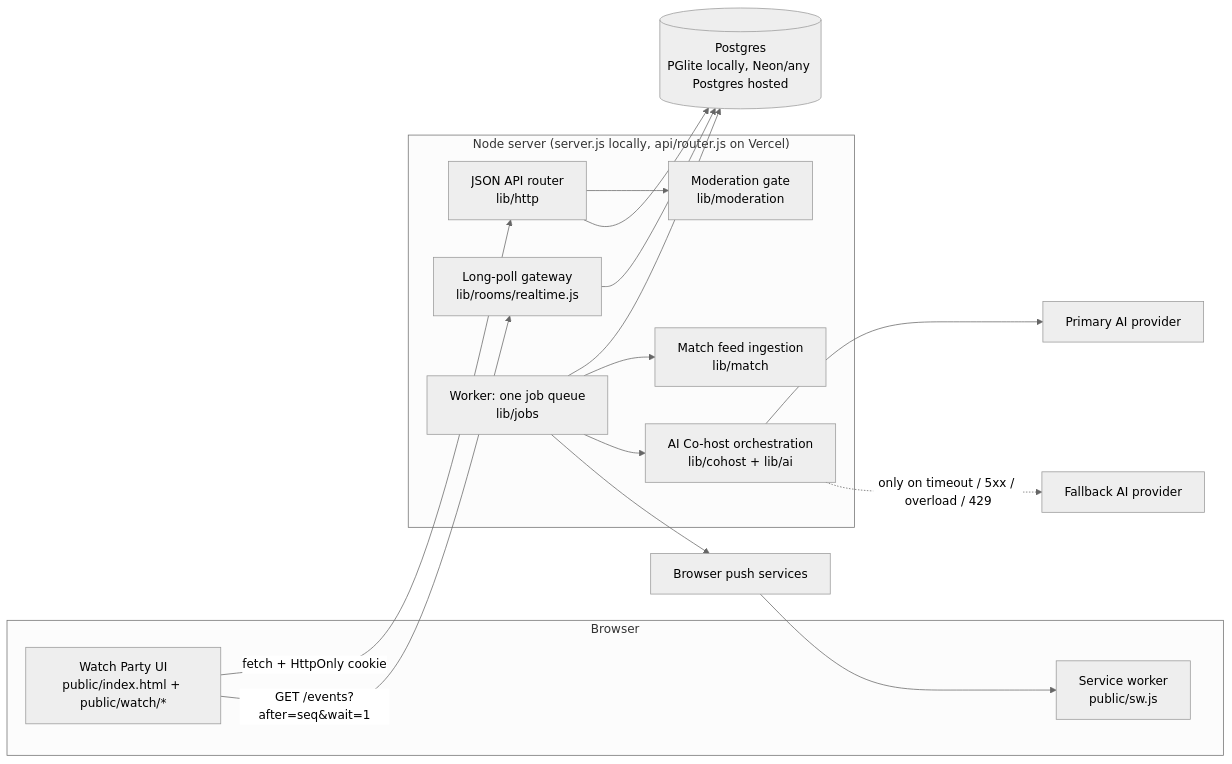
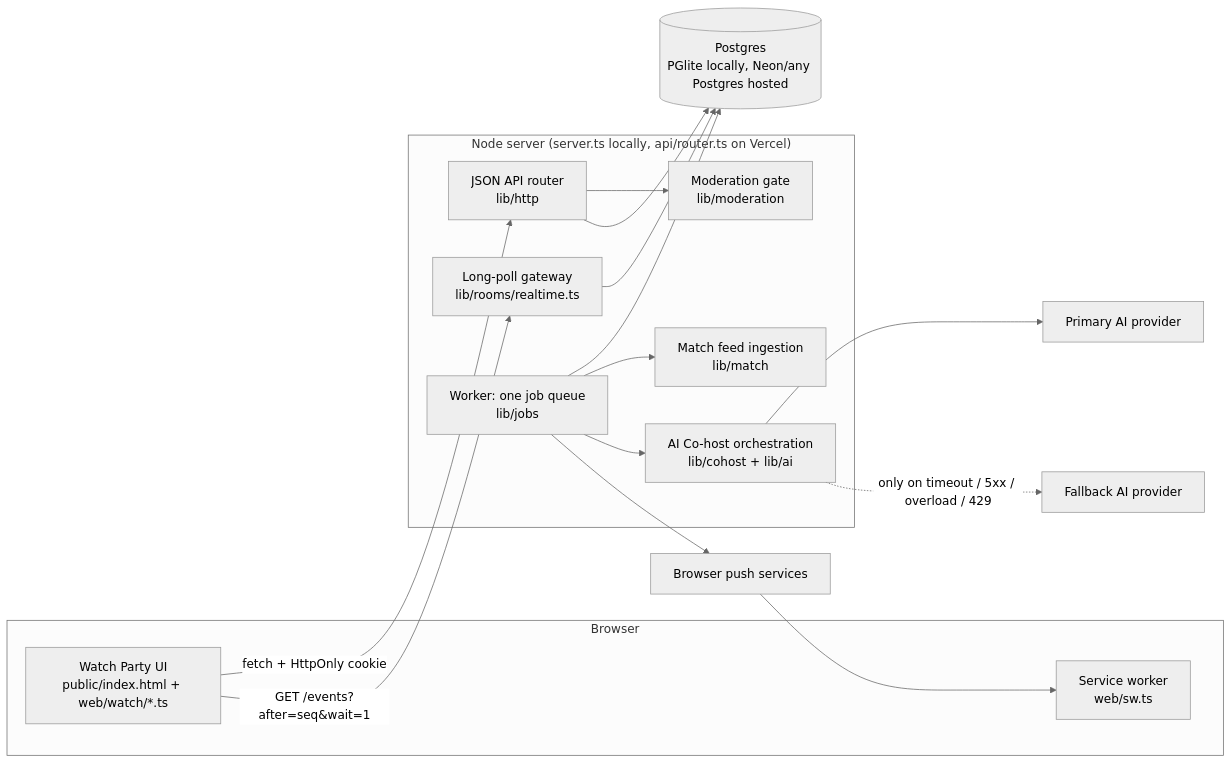
Before and after one commit to ankityadav1asia/huddle: the first of 4 diagrams in docs/architecture.md, drawn with Mermaid (neutral theme). The commit also changed other lines of this file and 169 other files, not shown here.

````diff
--- a/docs/architecture.md
+++ b/docs/architecture.md
@@ -31,30 +32,30 @@
 ```mermaid
 flowchart LR
   subgraph Browser
-    UI[Watch Party UI<br/>public/index.html + public/watch/*]
-    SW[Service worker<br/>public/sw.js]
+    UI[Watch Party UI<br/>public/index.html + web/watch/*.ts]
+    SW[Service worker<br/>web/sw.ts]
   end
-  subgraph Server["Node server (server.js locally, api/router.js on Vercel)"]
+  subgraph Server["Node server (server.ts locally, api/router.ts on Vercel)"]
     API[JSON API router<br/>lib/http]
-    RT[Long-poll gateway<br/>lib/rooms/realtime.js]
+    RT[Long-poll gateway<br/>lib/rooms/realtime.ts]
     W[Worker: one job queue<br/>lib/jobs]
     FEED[Match feed ingestion<br/>lib/match]
     CO[AI Co-host orchestration<br/>lib/cohost + lib/ai]
     MOD[Moderation gate<br/>lib/moderation]
   end
   DB[(Postgres<br/>PGlite locally, Neon/any Postgres hosted)]
   P1[Primary AI provider]
   P2[Fallback AI provider]
   PUSH[Browser push services]
   UI -- "fetch + HttpOnly cookie" --> API
   UI -- "GET /events?after=seq&wait=1" --> RT
   API --> MOD
   API --> DB
   RT --> DB
   W --> DB
   W --> FEED
   W --> CO
   CO --> P1
   CO -. "only on timeout / 5xx / overload / 429" .-> P2
   W --> PUSH --> SW
 ```
````
